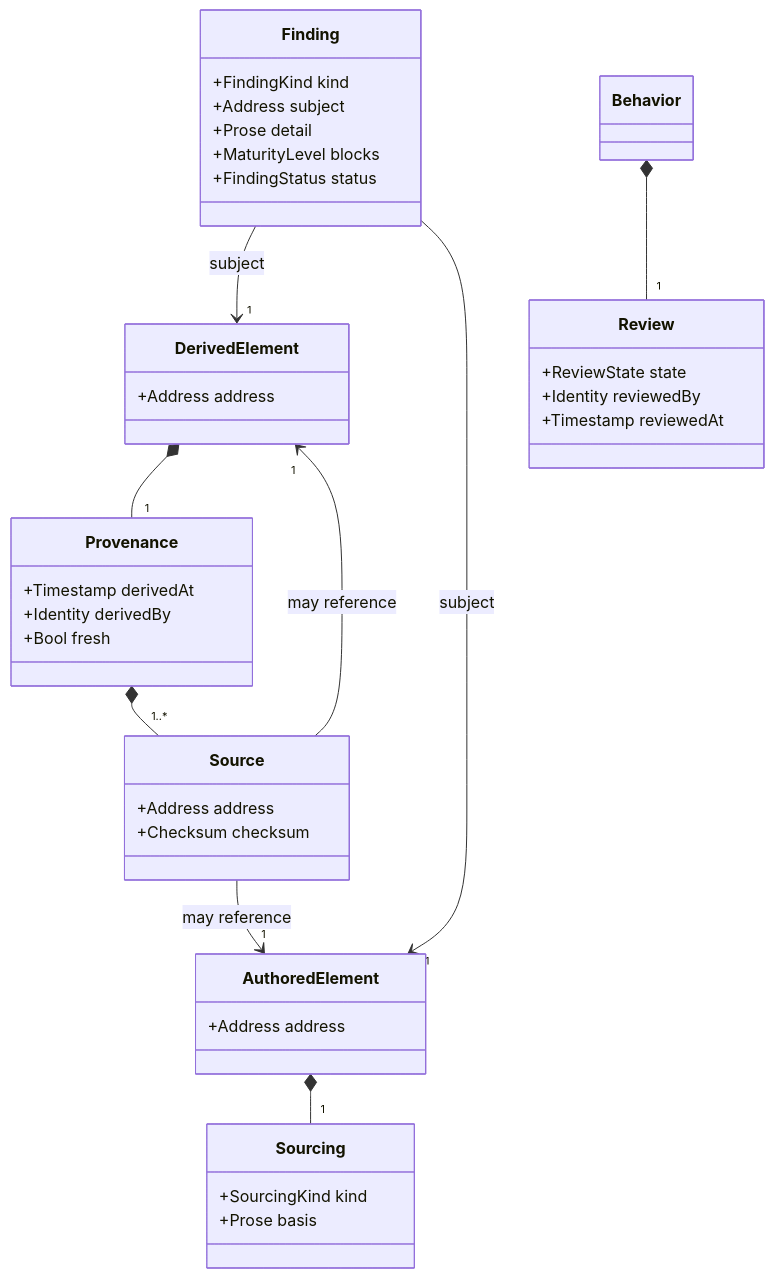
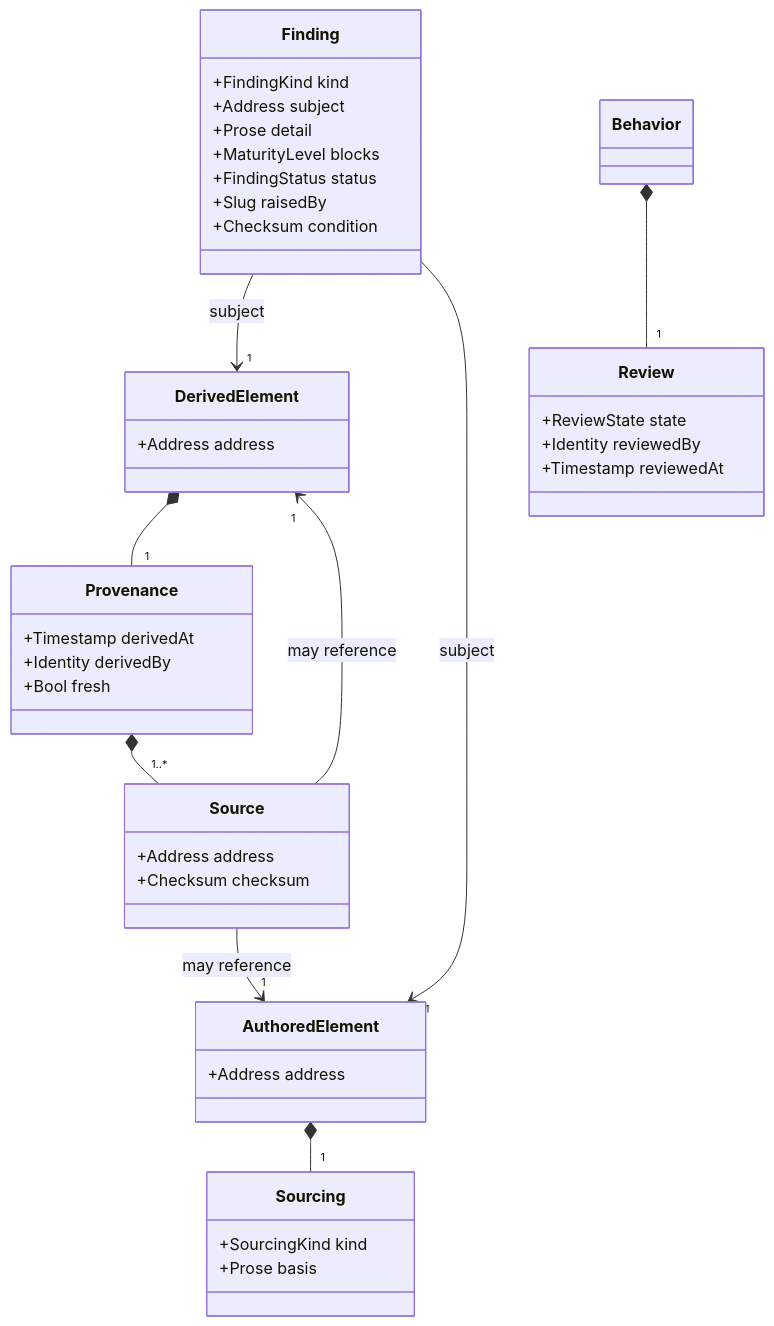
The first of 2 diagrams in docs/design/design-assistant/datamodel/reconciliation-model.md (weaver-engineering/agent-plugins-docs), drawn with Mermaid before and after one commit. The commit also changed other lines of this file and 2 other files, not shown here.

````diff
--- a/docs/design/design-assistant/datamodel/reconciliation-model.md
+++ b/docs/design/design-assistant/datamodel/reconciliation-model.md
@@ -23,46 +26,48 @@
 ```mermaid
 classDiagram
     direction TB
 
     class DerivedElement {
         +Address address
     }
     class Provenance {
         +Timestamp derivedAt
         +Identity derivedBy
         +Bool fresh
     }
     class Source {
         +Address address
         +Checksum checksum
     }
     class AuthoredElement {
         +Address address
     }
     class Sourcing {
         +SourcingKind kind
         +Prose basis
     }
     class Finding {
         +FindingKind kind
         +Address subject
         +Prose detail
         +MaturityLevel blocks
         +FindingStatus status
+        +Slug raisedBy
+        +Checksum condition
     }
     class Review {
         +ReviewState state
         +Identity reviewedBy
         +Timestamp reviewedAt
     }
     class Behavior
 
     DerivedElement *-- "1" Provenance
     Provenance *-- "1..*" Source
     Source --> "1" DerivedElement : may reference
     Source --> "1" AuthoredElement : may reference
     AuthoredElement *-- "1" Sourcing
     Finding --> "1" DerivedElement : subject
     Finding --> "1" AuthoredElement : subject
     Behavior *-- "1" Review
 ```
````
